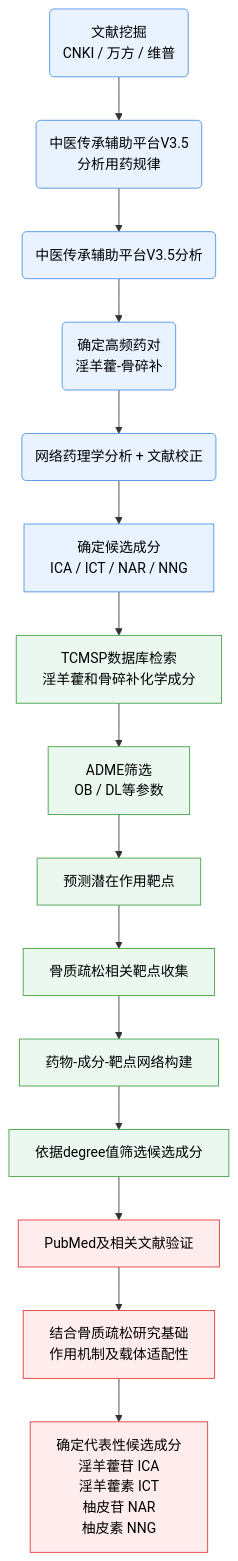
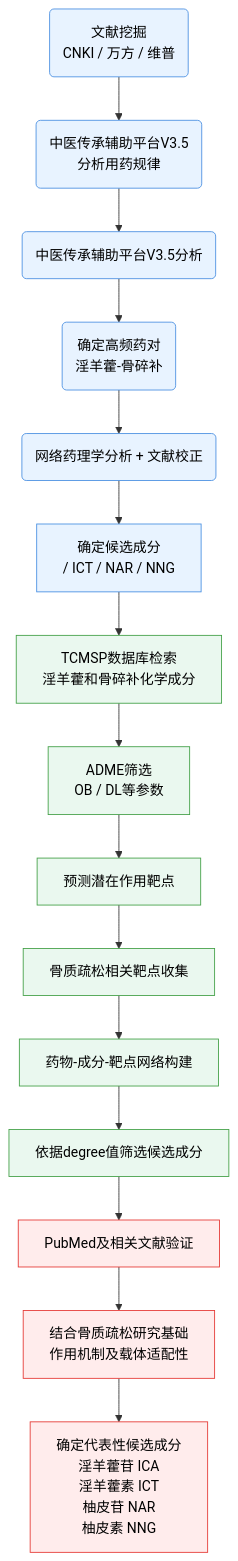
The diagram in all/未命名-1.md (Yaotian99/iodraw-files), drawn with Mermaid before and after one commit.

Commit message:
2026-06-24 08:59:16 update

````diff
--- a/all/未命名-1.md
+++ b/all/未命名-1.md
@@ -1,29 +1,29 @@
 ```mermaid
 graph TD
 
 A1(文献挖掘<br/>CNKI / 万方 / 维普) --> A2(中医传承辅助平台V3.5<br/>分析用药规律)
 A2 --> A3(中医传承辅助平台V3.5分析)
 A3 --> A4(确定高频药对<br/>淫羊藿-骨碎补)
 A4 --> A5(网络药理学分析 + 文献校正)
-A5 --> A6[确定候选成分<br/>ICA / ICT / NAR / NNG]
+A5 --> A6[确定候选成分<br/> / ICT / NAR / NNG]
 
 A6 --> B1[TCMSP数据库检索<br/>淫羊藿和骨碎补化学成分]
 B1 --> B2[ADME筛选<br/>OB / DL等参数]
 B2 --> B3[预测潜在作用靶点]
 B3 --> B4[骨质疏松相关靶点收集]
 B4 --> B5[药物-成分-靶点网络构建]
 B5 --> B6[依据degree值筛选候选成分]
 
 B6 --> C1[PubMed及相关文献验证]
 C1 --> C2[结合骨质疏松研究基础<br/>作用机制及载体适配性]
 C2 --> C3[确定代表性候选成分<br/>淫羊藿苷 ICA<br/>淫羊藿素 ICT<br/>柚皮苷 NAR<br/>柚皮素 NNG]
 
 classDef basis fill:#E8F3FF,stroke:#4A90E2,stroke-width:1px,color:#000;
 classDef network fill:#EAF8EF,stroke:#43A047,stroke-width:1px,color:#000;
 classDef result fill:#FFECEC,stroke:#E53935,stroke-width:1px,color:#000;
 
 class A1,A2,A3,A4,A5,A6 basis;
 class B1,B2,B3,B4,B5,B6 network;
 class C1,C2,C3 result;
   
 ```
````
